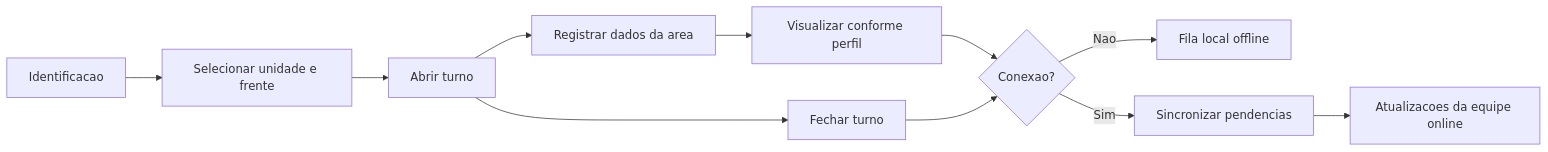
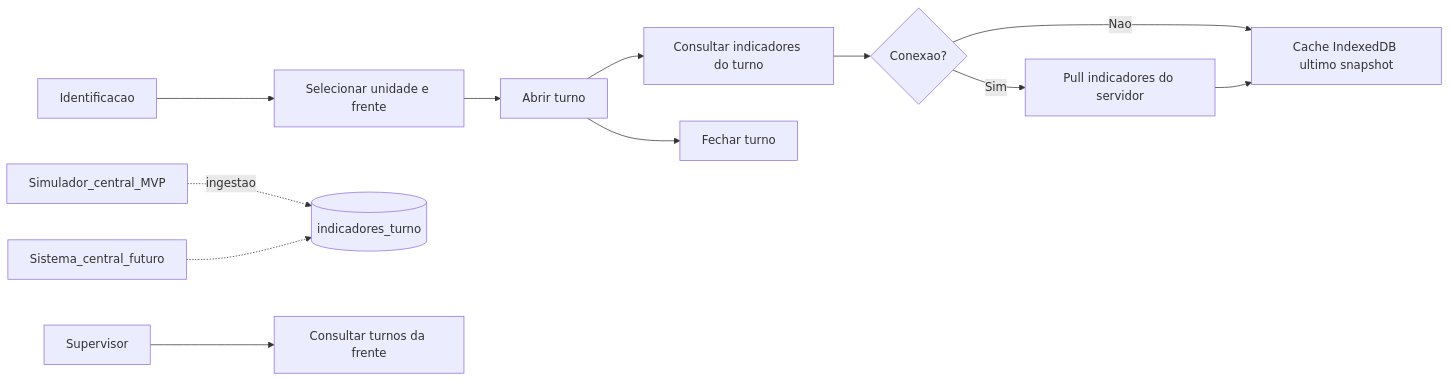
The diagram in docs/business/_transversal.md (carlosedupm/ceial-cocal-campo), drawn with Mermaid before and after one commit. The commit also changed other lines of this file and 69 other files, not shown here.

````diff
--- a/docs/business/_transversal.md
+++ b/docs/business/_transversal.md
@@ -7,13 +7,14 @@
 ```mermaid
 flowchart LR
   Login[Identificacao] --> Contexto[Selecionar unidade e frente]
   Contexto --> TurnoAberto[Abrir turno]
-  TurnoAberto --> Registrar[Registrar dados da area]
-  Registrar --> Visualizar[Visualizar conforme perfil]
-  Visualizar --> Sync{Conexao?}
-  Sync -->|Nao| FilaLocal[Fila local offline]
-  Sync -->|Sim| Enviar[Sincronizar pendencias]
-  Enviar --> TempoReal[Atualizacoes da equipe online]
+  TurnoAberto --> Consultar[Consultar indicadores do turno]
+  Consultar --> PullCache{Conexao?}
+  PullCache -->|Nao| CacheLocal[Cache IndexedDB ultimo snapshot]
+  PullCache -->|Sim| Atualizar[Pull indicadores do servidor]
+  Atualizar --> CacheLocal
+  Simulador[Simulador_central_MVP] -.->|ingestao| Servidor[(indicadores_turno)]
+  Central[Sistema_central_futuro] -.-> Servidor
+  Sup[Supervisor] --> Painel[Consultar turnos da frente]
   TurnoAberto --> Fechar[Fechar turno]
-  Fechar --> Sync
 ```
````
